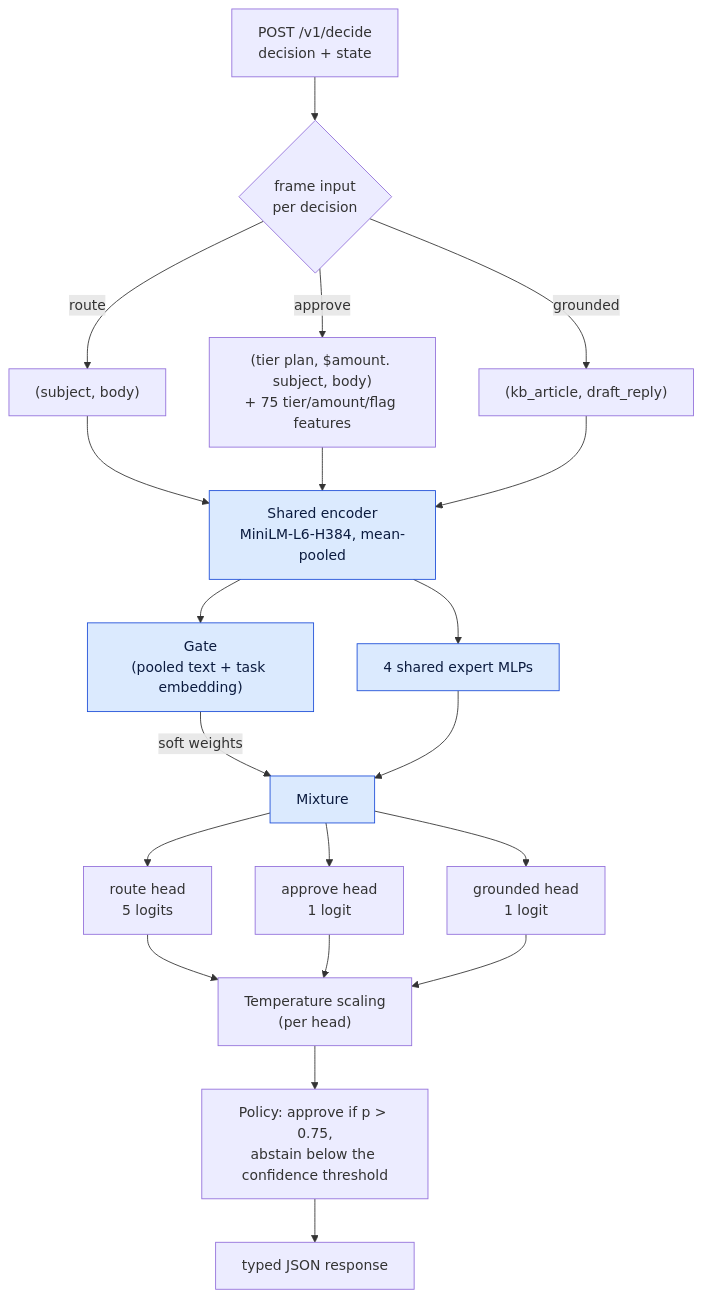
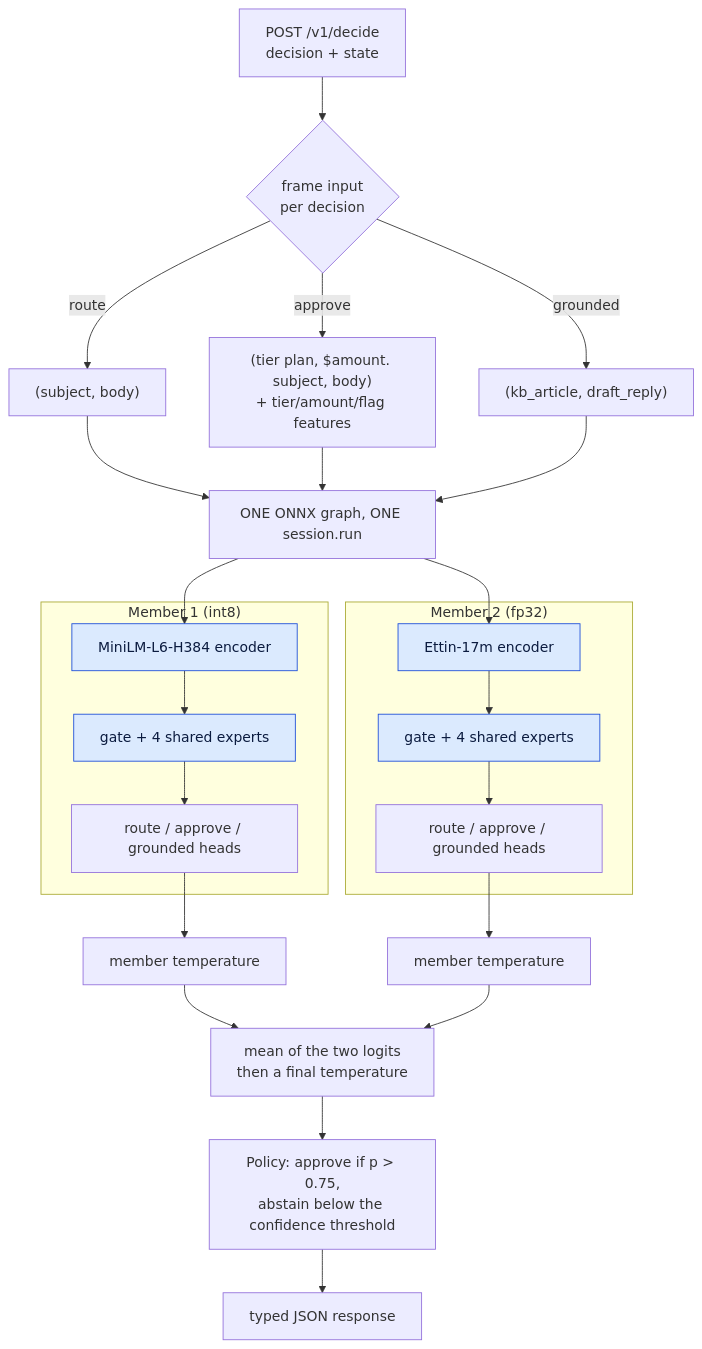
One commit to Amal-Verma/Jev-router-decide changed the diagram in README.md. Above: the diagram before and after it, drawn with Mermaid. The commit also changed other lines of this file and 14 other files, not shown here.

Commit message:
Docs: served model is the MiniLM + Ettin-17m ensemble (one graph, Ettin fp32), 85.44 on dev; add int8 finding, CV and latency risk; baseline moved to baseline/

````diff
--- a/README.md
+++ b/README.md
@@ -23,21 +24,26 @@
 ```mermaid
 flowchart TD
     R["POST /v1/decide<br/>decision + state"] --> F{"frame input<br/>per decision"}
     F -->|route| I1["(subject, body)"]
-    F -->|approve| I2["(tier plan, $amount. subject, body)<br/>+ 75 tier/amount/flag features"]
+    F -->|approve| I2["(tier plan, $amount. subject, body)<br/>+ tier/amount/flag features"]
     F -->|grounded| I3["(kb_article, draft_reply)"]
-    I1 & I2 & I3 --> E["Shared encoder<br/>MiniLM-L6-H384, mean-pooled"]
-    E --> G["Gate<br/>(pooled text + task embedding)"]
-    E --> X["4 shared expert MLPs"]
-    G -->|soft weights| M["Mixture"]
-    X --> M
-    M --> H1["route head<br/>5 logits"]
-    M --> H2["approve head<br/>1 logit"]
-    M --> H3["grounded head<br/>1 logit"]
-    H1 & H2 & H3 --> T["Temperature scaling<br/>(per head)"]
-    T --> P["Policy: approve if p > 0.75,<br/>abstain below the confidence threshold"]
+    I1 & I2 & I3 --> ONE["ONE ONNX graph, ONE session.run"]
+    subgraph M1["Member 1 (int8)"]
+        E1["MiniLM-L6-H384 encoder"] --> X1["gate + 4 shared experts"]
+        X1 --> H1["route / approve / grounded heads"]
+    end
+    subgraph M2["Member 2 (fp32)"]
+        E2["Ettin-17m encoder"] --> X2["gate + 4 shared experts"]
+        X2 --> H2["route / approve / grounded heads"]
+    end
+    ONE --> E1
+    ONE --> E2
+    H1 --> T1["member temperature"]
+    H2 --> T2["member temperature"]
+    T1 & T2 --> AVG["mean of the two logits<br/>then a final temperature"]
+    AVG --> P["Policy: approve if p > 0.75,<br/>abstain below the confidence threshold"]
     P --> O["typed JSON response"]
 
     classDef shared fill:#dbeafe,stroke:#1d4ed8,color:#0b1b3f
-    class E,G,X,M shared
+    class E1,X1,E2,X2 shared
 ```
````
